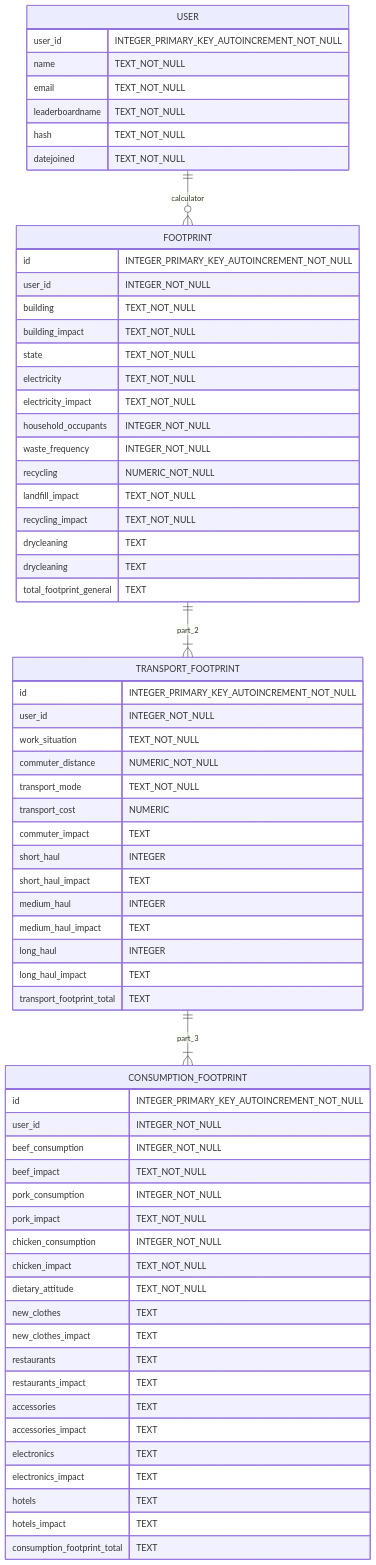
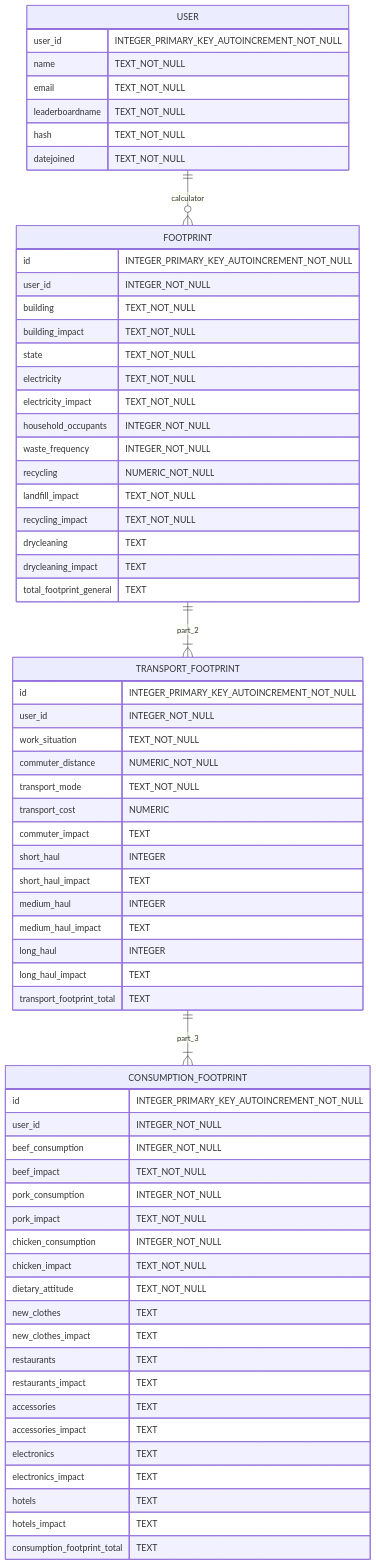
Before and after one commit to TokiLoshi/finalprojectCS50x: the diagram in static/database_visualization.md, drawn with Mermaid. The commit also changed 9 other files, not shown here.

````diff
--- a/static/database_visualization.md
+++ b/static/database_visualization.md
@@ -5,70 +5,70 @@
 ```mermaid
 erDiagram
     USER ||--o{ FOOTPRINT : calculator
     USER {
         user_id INTEGER_PRIMARY_KEY_AUTOINCREMENT_NOT_NULL
         name TEXT_NOT_NULL
         email TEXT_NOT_NULL
         leaderboardname TEXT_NOT_NULL
         hash TEXT_NOT_NULL
         datejoined TEXT_NOT_NULL
     }
     FOOTPRINT ||--|{ TRANSPORT_FOOTPRINT : part_2
     FOOTPRINT {
         id INTEGER_PRIMARY_KEY_AUTOINCREMENT_NOT_NULL
         user_id INTEGER_NOT_NULL
         building TEXT_NOT_NULL
         building_impact TEXT_NOT_NULL
         state TEXT_NOT_NULL
         electricity TEXT_NOT_NULL
         electricity_impact TEXT_NOT_NULL
         household_occupants INTEGER_NOT_NULL
         waste_frequency INTEGER_NOT_NULL
         recycling NUMERIC_NOT_NULL
         landfill_impact TEXT_NOT_NULL
         recycling_impact TEXT_NOT_NULL
         drycleaning TEXT
-        drycleaning TEXT 
+        drycleaning_impact TEXT 
         total_footprint_general TEXT
     }
     TRANSPORT_FOOTPRINT ||--|{ CONSUMPTION_FOOTPRINT : part_3
     TRANSPORT_FOOTPRINT {
         id INTEGER_PRIMARY_KEY_AUTOINCREMENT_NOT_NULL
         user_id INTEGER_NOT_NULL
         work_situation TEXT_NOT_NULL
         commuter_distance NUMERIC_NOT_NULL
         transport_mode TEXT_NOT_NULL
         transport_cost NUMERIC
         commuter_impact TEXT 
         short_haul INTEGER
         short_haul_impact TEXT
         medium_haul INTEGER
         medium_haul_impact TEXT 
         long_haul INTEGER
         long_haul_impact TEXT
         transport_footprint_total TEXT
     }
     CONSUMPTION_FOOTPRINT {
       id INTEGER_PRIMARY_KEY_AUTOINCREMENT_NOT_NULL
       user_id INTEGER_NOT_NULL
       beef_consumption INTEGER_NOT_NULL
       beef_impact TEXT_NOT_NULL
       pork_consumption INTEGER_NOT_NULL
       pork_impact TEXT_NOT_NULL
       chicken_consumption INTEGER_NOT_NULL
       chicken_impact TEXT_NOT_NULL
       dietary_attitude TEXT_NOT_NULL
       new_clothes TEXT
       new_clothes_impact TEXT
       restaurants TEXT 
       restaurants_impact TEXT
       accessories TEXT 
       accessories_impact TEXT
       electronics TEXT 
       electronics_impact TEXT
       hotels TEXT
       hotels_impact TEXT
       consumption_footprint_total TEXT
 
     }
   ```
````
